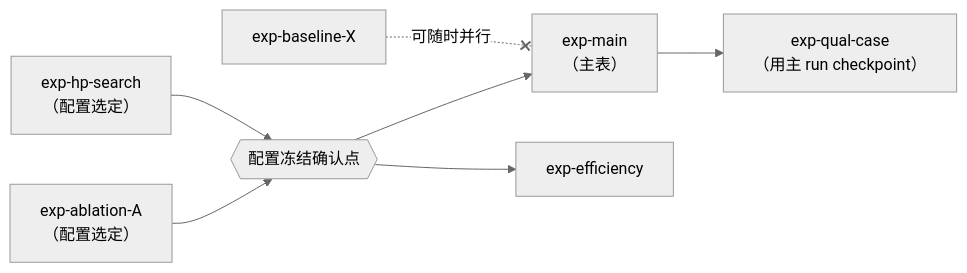
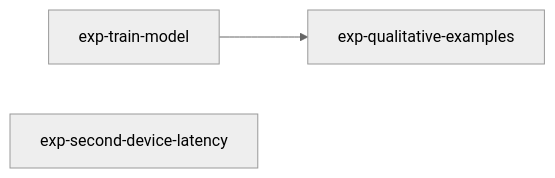
Before and after one commit to jackwang0108/dl-assistant: the diagram in plugins/dl-assistant/skills/writing-paper/references/templates/paper-experiment-plan-template.md, drawn with Mermaid (neutral theme). The commit also changed other lines of this file and 28 other files, not shown here.

````diff
--- a/plugins/dl-assistant/skills/writing-paper/references/templates/paper-experiment-plan-template.md
+++ b/plugins/dl-assistant/skills/writing-paper/references/templates/paper-experiment-plan-template.md
@@ -26,9 +24,5 @@
 ```mermaid
 flowchart LR
-    ABL["exp-ablation-A<br/>（配置选定）"] --> CFG{{配置冻结确认点}}
-    HP["exp-hp-search<br/>（配置选定）"] --> CFG
-    CFG --> MAIN["exp-main<br/>（主表）"]
-    CFG --> EFF["exp-efficiency"]
-    BASE["exp-baseline-X"] -. 可随时并行 .-x MAIN
-    MAIN --> QUAL["exp-qual-case<br/>（用主 run checkpoint）"]
+    MAIN["exp-train-model"] --> FIG["exp-qualitative-examples"]
+    OTHER["exp-second-device-latency"]
 ```
````
